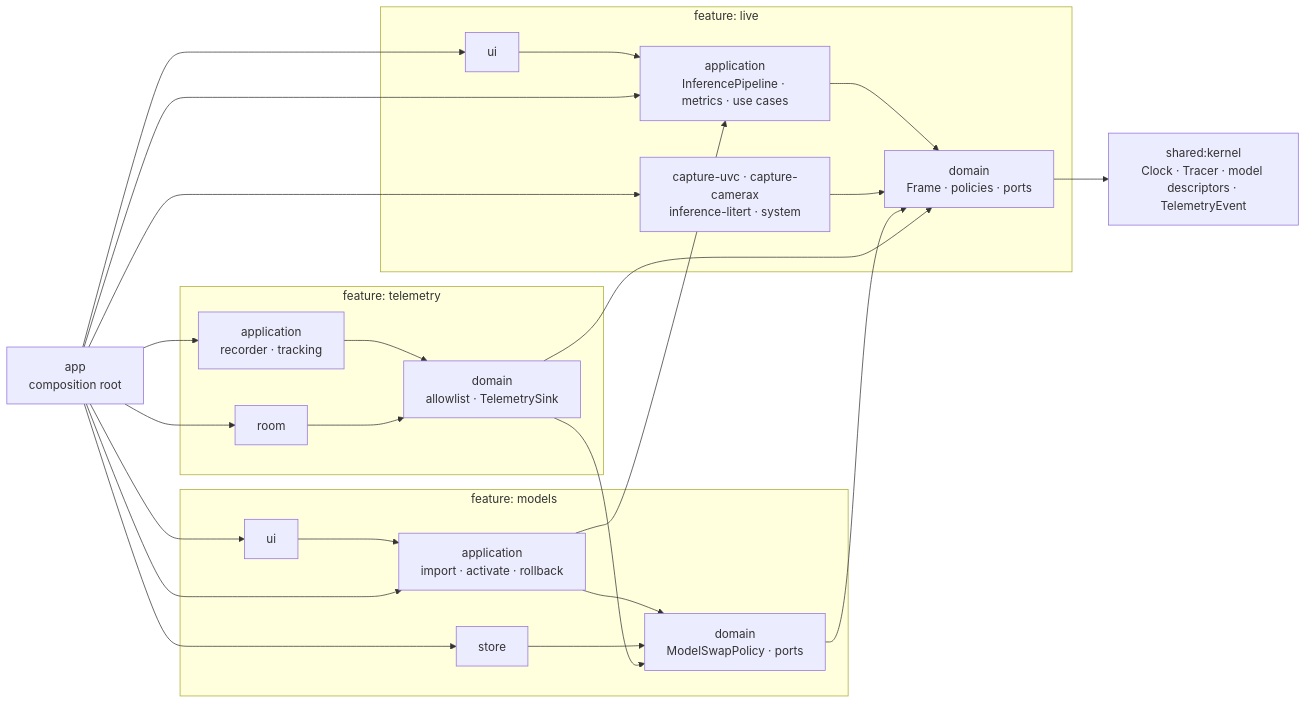
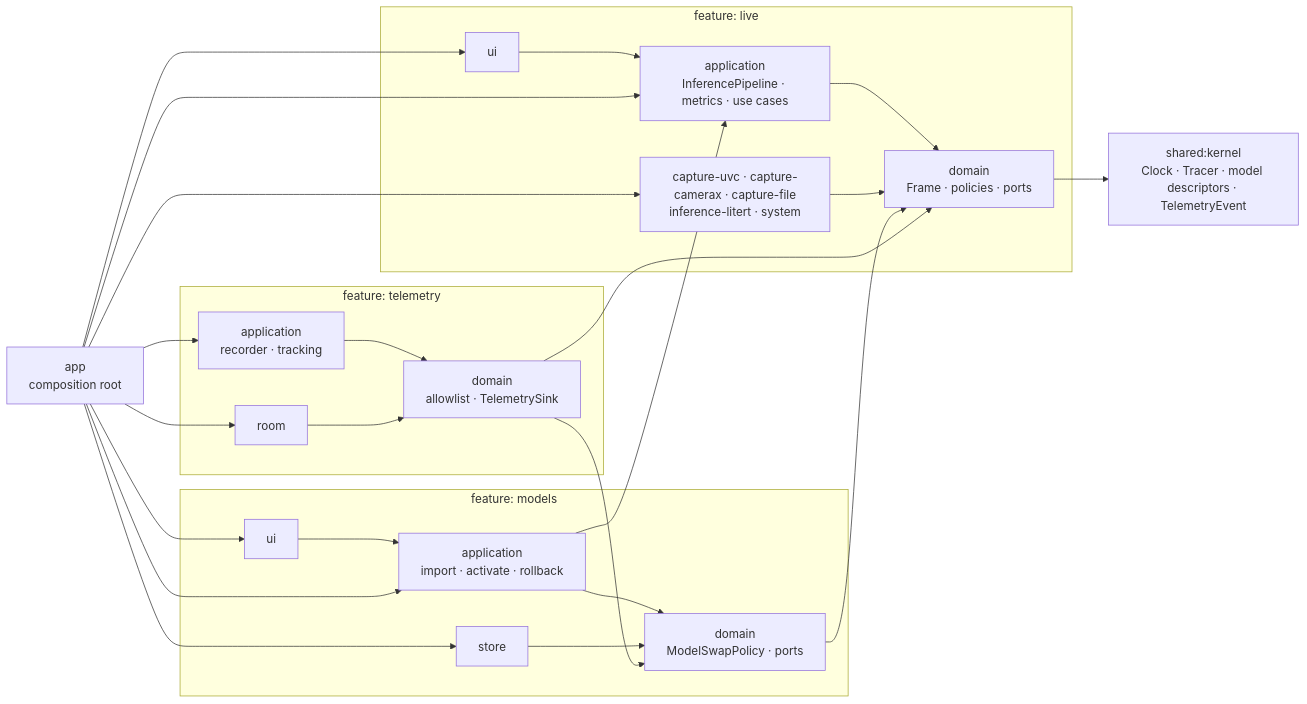
Before and after one commit to Rileyjrjohns/framelock: the diagram in docs/architecture.md, drawn with Mermaid. The commit also changed other lines of this file and 11 other files, not shown here.

````diff
--- a/docs/architecture.md
+++ b/docs/architecture.md
@@ -18,34 +18,34 @@
 ```mermaid
 flowchart LR
   K[shared:kernel<br/>Clock · Tracer · model descriptors · TelemetryEvent]
   subgraph live [feature: live]
     LD[domain<br/>Frame · policies · ports]
     LA[application<br/>InferencePipeline · metrics · use cases]
-    LAD[capture-uvc · capture-camerax<br/>inference-litert · system]
+    LAD[capture-uvc · capture-camerax · capture-file<br/>inference-litert · system]
     LUI[ui]
     LA --> LD
     LAD --> LD
     LUI --> LA
   end
   subgraph models [feature: models]
     MD[domain<br/>ModelSwapPolicy · ports]
     MA[application<br/>import · activate · rollback]
     MS[store]
     MUI[ui]
     MA --> MD
     MS --> MD
     MUI --> MA
   end
   subgraph telemetry [feature: telemetry]
     TD[domain<br/>allowlist · TelemetrySink]
     TA[application<br/>recorder · tracking]
     TR[room]
     TA --> TD
     TR --> TD
   end
   LD --> K
   MD --> LD
   MA --> LA
   TD --> LD & MD
   APP[app<br/>composition root] --> LA & LAD & LUI & MA & MS & MUI & TA & TR
 ```
````
